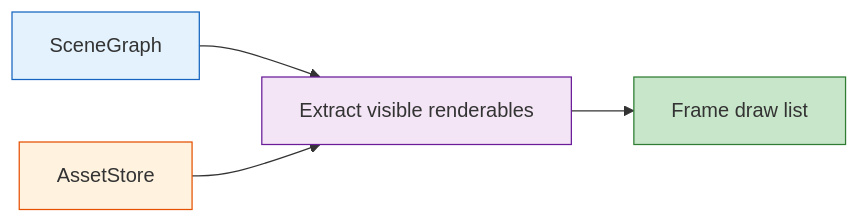
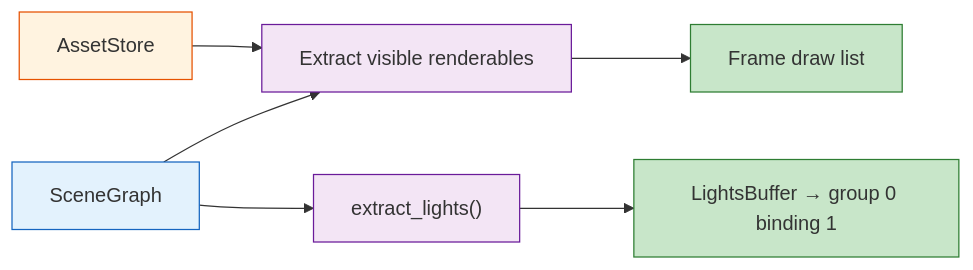
One commit to vansweej/nodemoss changed the fourth of 4 diagrams in docs/SCENEGRAPH.md. Above: the diagram before and after it, drawn with Mermaid. The commit also changed other lines of this file and 3 other files, not shown here.

First line of the commit message:
docs(scene,resources): document light extraction boundary and LightsBuffer

````diff
--- a/docs/SCENEGRAPH.md
+++ b/docs/SCENEGRAPH.md
@@ -399,11 +405,15 @@
 ```mermaid
 flowchart LR
     Scene["SceneGraph"] --> Extract["Extract visible renderables"]
+    Scene --> ExtractLights["extract_lights()"]
     Assets["AssetStore"] --> Extract
     Extract --> DrawList["Frame draw list"]
+    ExtractLights --> LightsBuf["LightsBuffer → group 0 binding 1"]
 
     style Scene fill:#e3f2fd,stroke:#1565c0
     style Assets fill:#fff3e0,stroke:#e65100
     style Extract fill:#f3e5f5,stroke:#6a1b9a
     style DrawList fill:#c8e6c9,stroke:#2e7d32
+    style ExtractLights fill:#f3e5f5,stroke:#6a1b9a
+    style LightsBuf fill:#c8e6c9,stroke:#2e7d32
 ```
````
